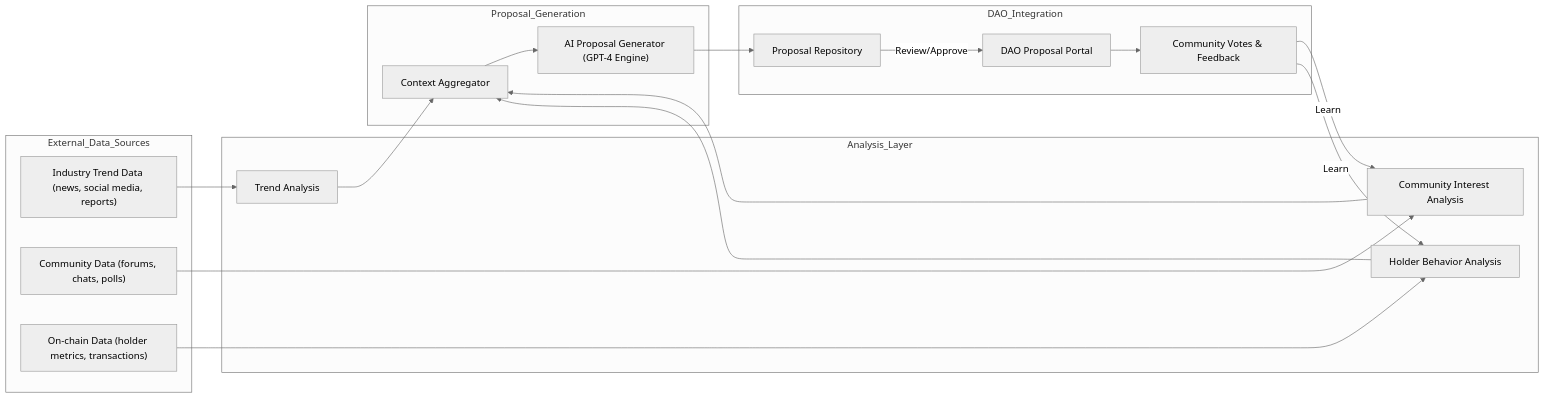
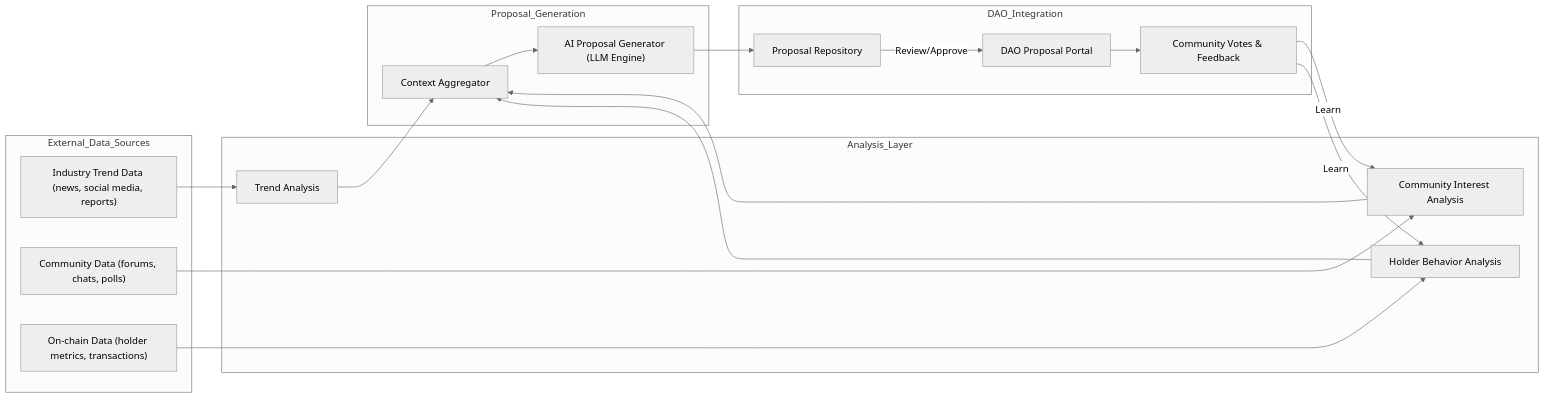
One commit to mossland/MosslandAI changed the first of 2 diagrams in AI-DAO-Summarization/AI_Driven_DAO_Proposal_Generation_System.md. Above: the diagram before and after it, drawn with Mermaid (neutral theme). The commit also changed other lines of this file and 45 other files, not shown here.

````diff
--- a/AI-DAO-Summarization/AI_Driven_DAO_Proposal_Generation_System.md
+++ b/AI-DAO-Summarization/AI_Driven_DAO_Proposal_Generation_System.md
@@ -49,29 +49,29 @@
 ```mermaid
 flowchart LR
     subgraph External_Data_Sources
         A["Industry Trend Data (news, social media, reports)"]
         B["Community Data (forums, chats, polls)"]
         C["On-chain Data (holder metrics, transactions)"]
     end
 
     subgraph Analysis_Layer
         A --> TModule["Trend Analysis"]
         B --> CModule["Community Interest Analysis"]
         C --> BModule["Holder Behavior Analysis"]
     end
 
     subgraph Proposal_Generation
         TModule --> Aggregator["Context Aggregator"]
         CModule --> Aggregator
         BModule --> Aggregator
-        Aggregator --> LLM["AI Proposal Generator (GPT-4 Engine)"]
+        Aggregator --> LLM["AI Proposal Generator (LLM Engine)"]
     end
 
     subgraph DAO_Integration
         LLM --> Drafts["Proposal Repository"]
         Drafts -->|Review/Approve| DAOPortal["DAO Proposal Portal"]
         DAOPortal --> Votes["Community Votes & Feedback"]
         Votes -->|Learn| CModule
         Votes -->|Learn| BModule
     end
 ```
````
